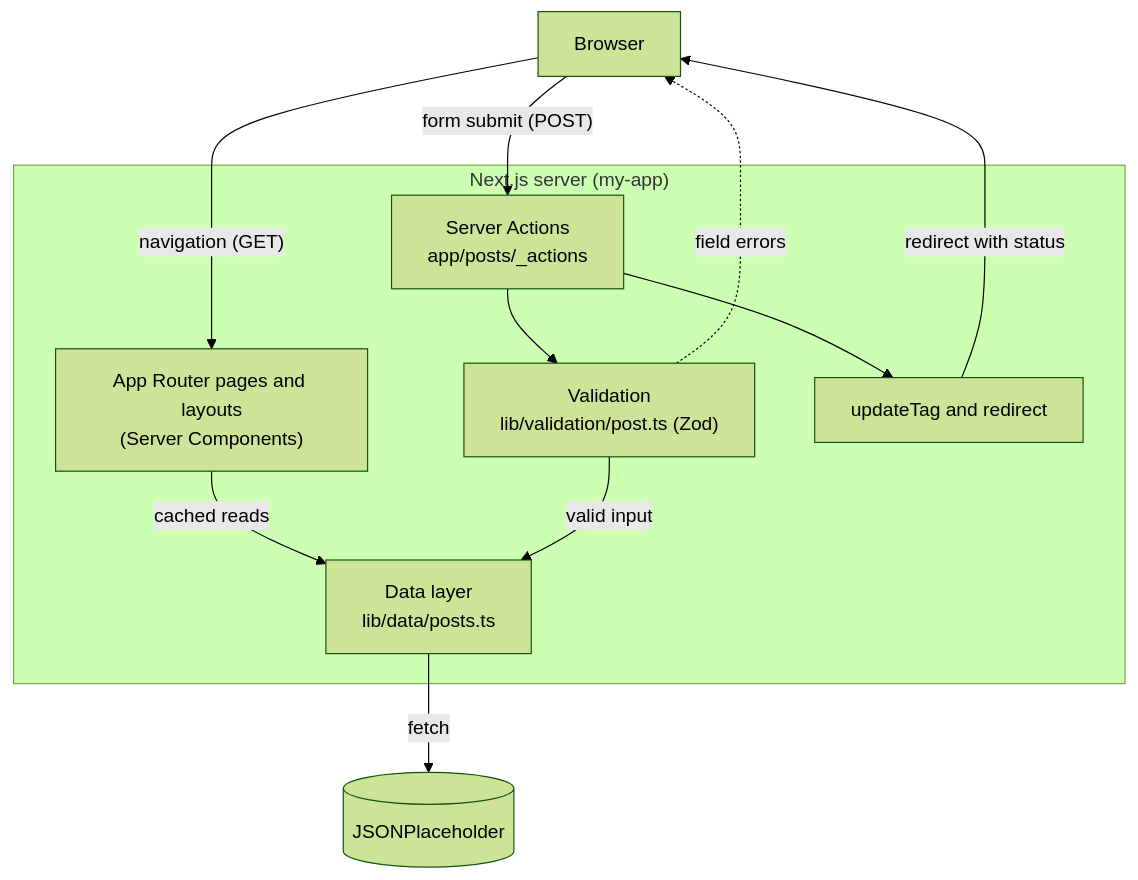
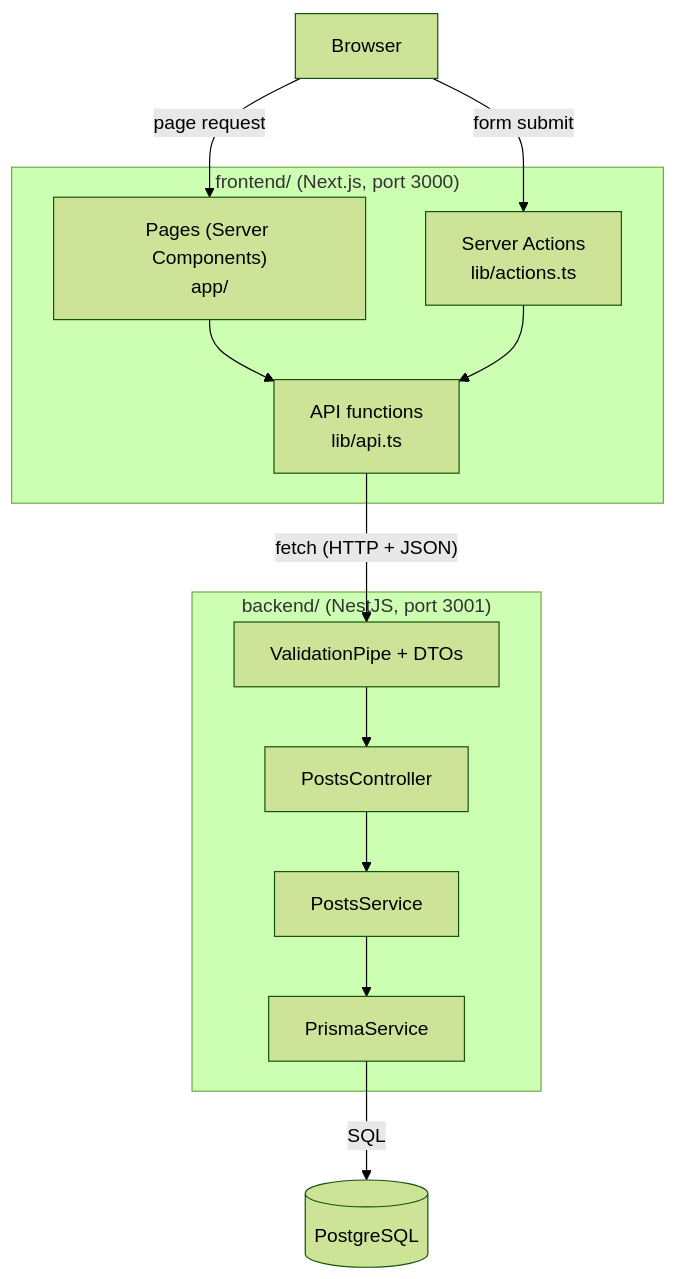
One commit to TheManana11/content-driven-blog changed the first of 3 diagrams in README.md. Above: the diagram before and after it, drawn with Mermaid (forest theme). The commit also changed other lines of this file and 2 other files, not shown here.

Commit message:
docs: rewrite README for the full-stack app and rename frontend package

````diff
--- a/README.md
+++ b/README.md
@@ -86,24 +72,29 @@
 ```mermaid
 flowchart TD
     Browser["Browser"]
 
-    subgraph Next["Next.js server (my-app)"]
-        Pages["App Router pages and layouts<br/>(Server Components)"]
-        Actions["Server Actions<br/>app/posts/_actions"]
-        Validation["Validation<br/>lib/validation/post.ts (Zod)"]
-        Data["Data layer<br/>lib/data/posts.ts"]
-        Cache["updateTag and redirect"]
+    subgraph FE["frontend/ (Next.js, port 3000)"]
+        Pages["Pages (Server Components)<br/>app/"]
+        Actions["Server Actions<br/>lib/actions.ts"]
+        Api["API functions<br/>lib/api.ts"]
     end
 
-    API[("JSONPlaceholder")]
+    subgraph BE["backend/ (NestJS, port 3001)"]
+        Pipe["ValidationPipe + DTOs"]
+        Controller["PostsController"]
+        Service["PostsService"]
+        Prisma["PrismaService"]
+    end
 
-    Browser -->|"navigation (GET)"| Pages
-    Pages -->|"cached reads"| Data
-    Browser -->|"form submit (POST)"| Actions
-    Actions --> Validation
-    Validation -->|"valid input"| Data
-    Validation -.->|"field errors"| Browser
-    Data -->|"fetch"| API
-    Actions --> Cache
-    Cache -->|"redirect with status"| Browser
+    DB[("PostgreSQL")]
+
+    Browser -->|"page request"| Pages
+    Browser -->|"form submit"| Actions
+    Pages --> Api
+    Actions --> Api
+    Api -->|"fetch (HTTP + JSON)"| Pipe
+    Pipe --> Controller
+    Controller --> Service
+    Service --> Prisma
+    Prisma -->|"SQL"| DB
 ```
````
